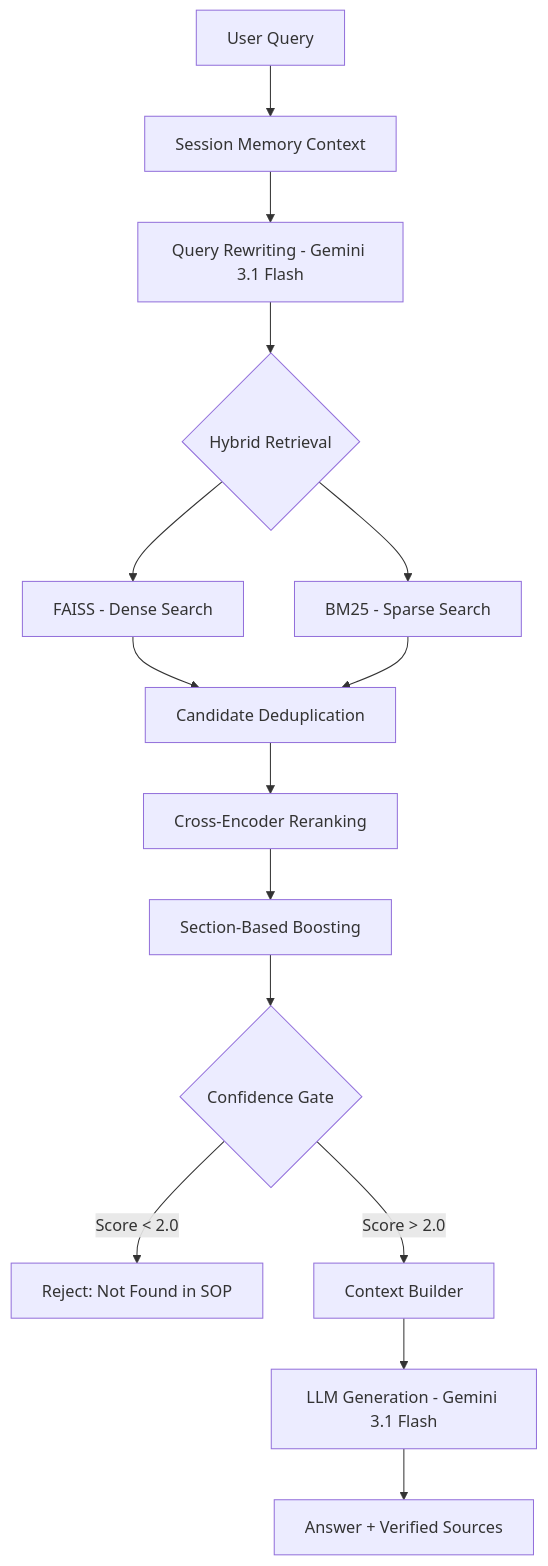
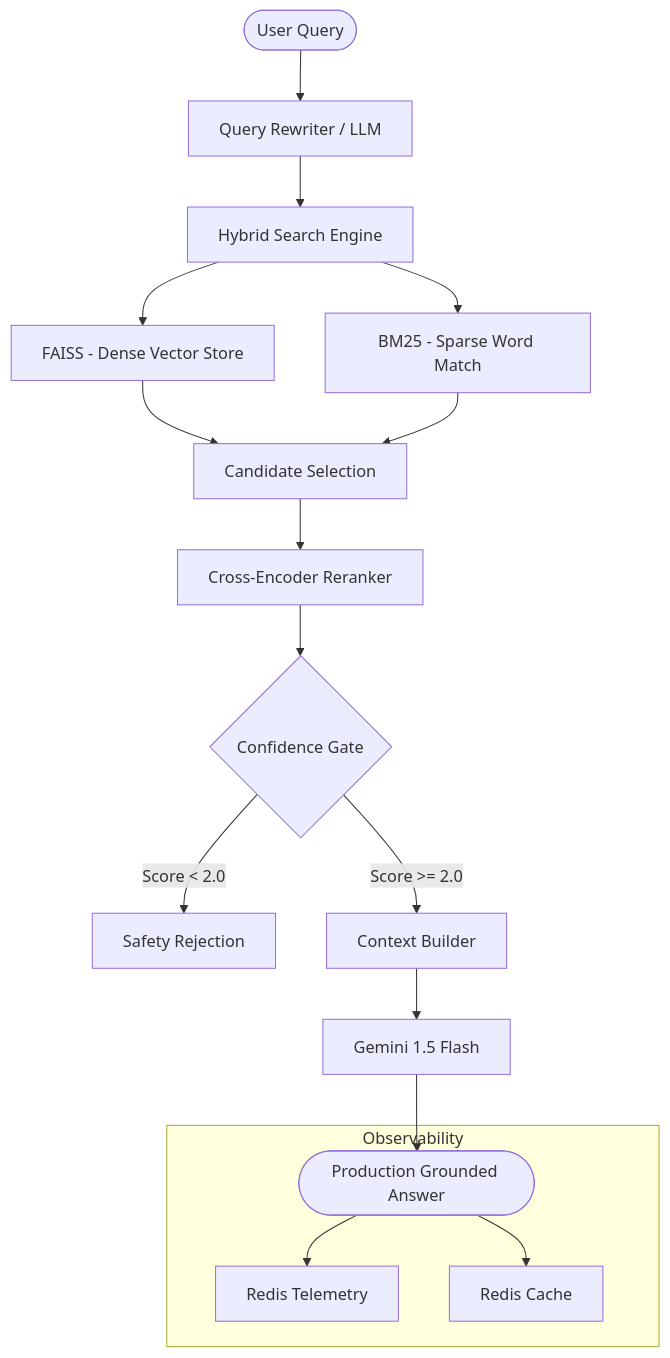
One commit to zeeshan2423/aviation-rag changed the diagram in README.md. Above: the diagram before and after it, drawn with Mermaid. The commit also changed other lines of this file and 9 other files, not shown here.

````diff
--- a/README.md
+++ b/README.md
@@ -24,17 +11,20 @@
 ```mermaid
 graph TD
-    A[User Query] --> B[Session Memory Context]
-    B --> C[Query Rewriting - Gemini 3.1 Flash]
-    C --> D{Hybrid Retrieval}
-    D --> E[FAISS - Dense Search]
-    D --> F[BM25 - Sparse Search]
-    E --> G[Candidate Deduplication]
-    F --> G
-    G --> H[Cross-Encoder Reranking]
-    H --> I[Section-Based Boosting]
-    I --> J{Confidence Gate}
-    J -- Score < 2.0 --> K[Reject: Not Found in SOP]
-    J -- Score > 2.0 --> L[Context Builder]
-    L --> M[LLM Generation - Gemini 3.1 Flash]
-    M --> N[Answer + Verified Sources]
+    User([User Query]) --> Rewriter[Query Rewriter / LLM]
+    Rewriter --> Hybrid[Hybrid Search Engine]
+    Hybrid --> Dense[FAISS - Dense Vector Store]
+    Hybrid --> Sparse[BM25 - Sparse Word Match]
+    Dense --> Candidates[Candidate Selection]
+    Sparse --> Candidates
+    Candidates --> Reranker[Cross-Encoder Reranker]
+    Reranker --> Gate{Confidence Gate}
+    Gate -- Score < 2.0 --> Reject[Safety Rejection]
+    Gate -- Score >= 2.0 --> Build[Context Builder]
+    Build --> Generator[Gemini 1.5 Flash]
+    Generator --> Response([Production Grounded Answer])
+    
+    subgraph Observability
+        Response --> Metrics[Redis Telemetry]
+        Response --> Cache[Redis Cache]
+    end
 ```
````
